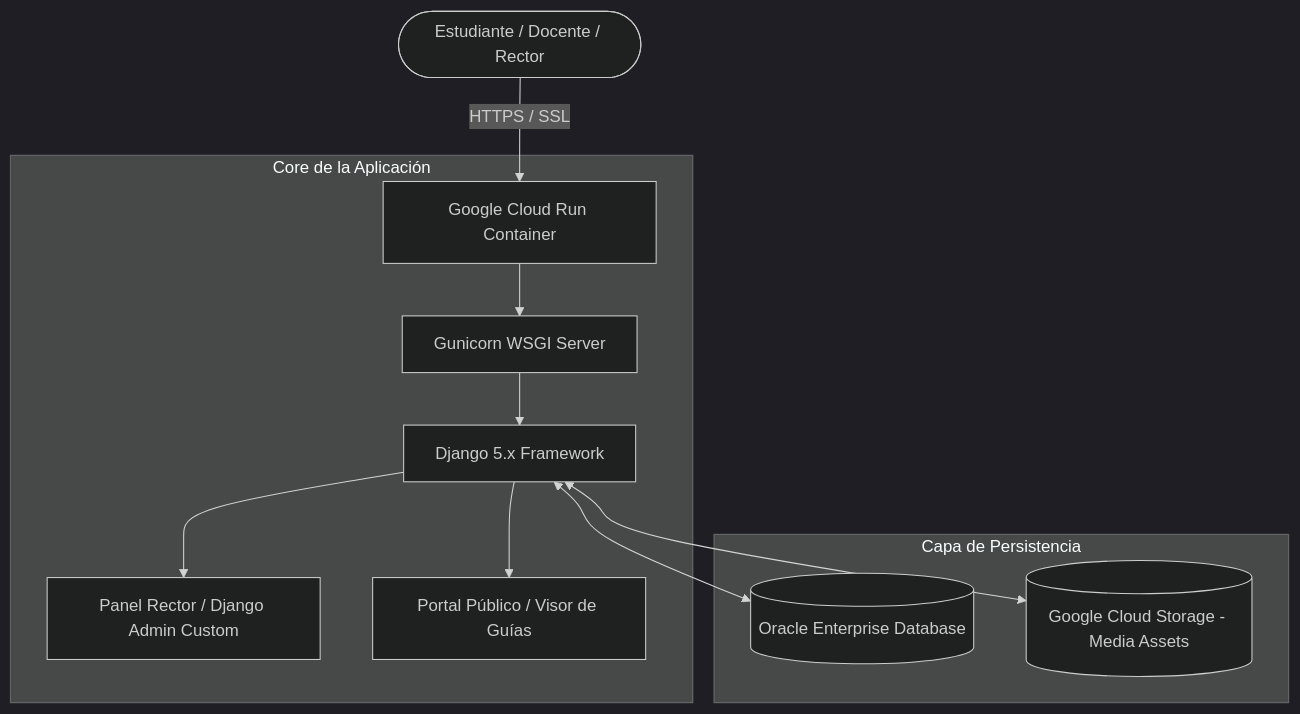
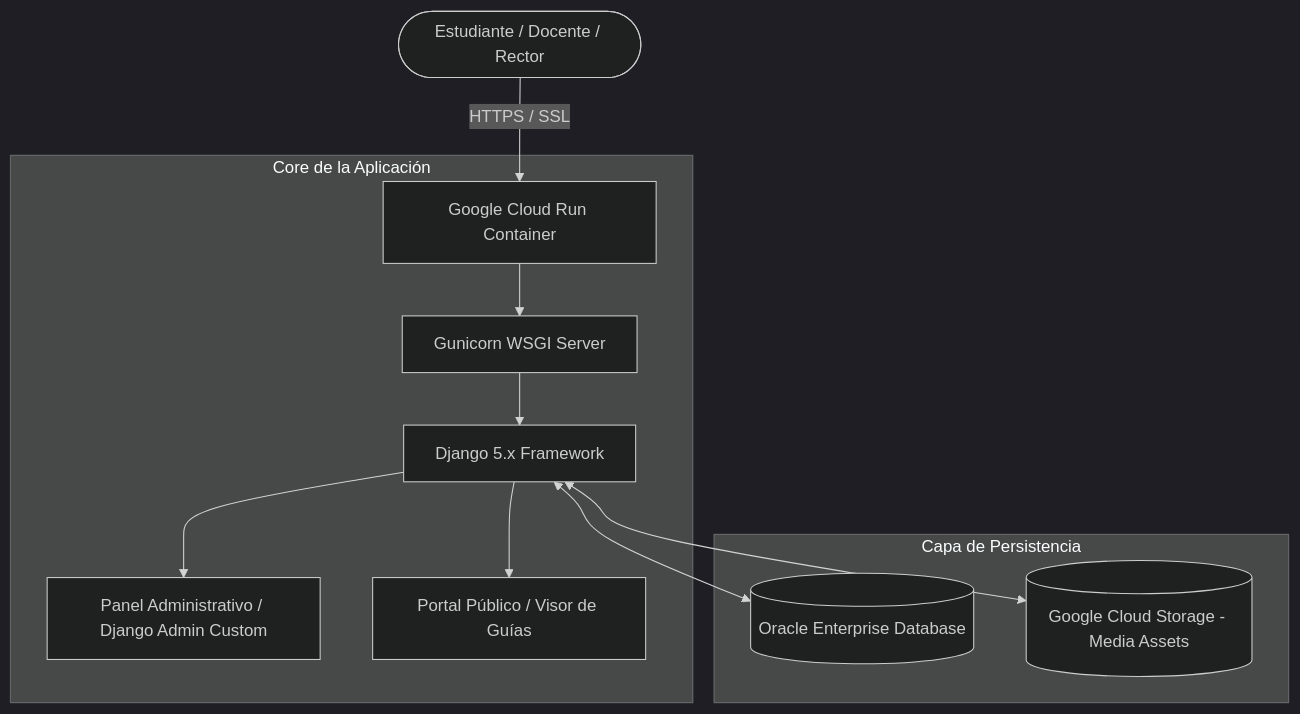
One commit to jd5073356-max/athena-ceis changed the diagram in README.md. Above: the diagram before and after it, drawn with Mermaid (dark theme). The commit also changed other lines of this file and 28 other files, not shown here.

Commit message:
Implementar tema claro en panel administrativo y renombrar de Panel del Rector a Panel Administrativo

````diff
--- a/README.md
+++ b/README.md
@@ -38,16 +38,16 @@
 ```mermaid
 graph TD
     User([Estudiante / Docente / Rector]) -->|HTTPS / SSL| CloudRun[Google Cloud Run Container]
     
     subgraph Core de la Aplicación
         CloudRun --> WSGI[Gunicorn WSGI Server]
         WSGI --> DjangoCore[Django 5.x Framework]
-        DjangoCore --> AdminPanel[Panel Rector / Django Admin Custom]
+        DjangoCore --> AdminPanel[Panel Administrativo / Django Admin Custom]
         DjangoCore --> PublicWeb[Portal Público / Visor de Guías]
     end
     
     subgraph Capa de Persistencia
         DjangoCore <--> OracleDB[(Oracle Enterprise Database)]
         DjangoCore <--> GCS[(Google Cloud Storage - Media Assets)]
     end
 ```
````
